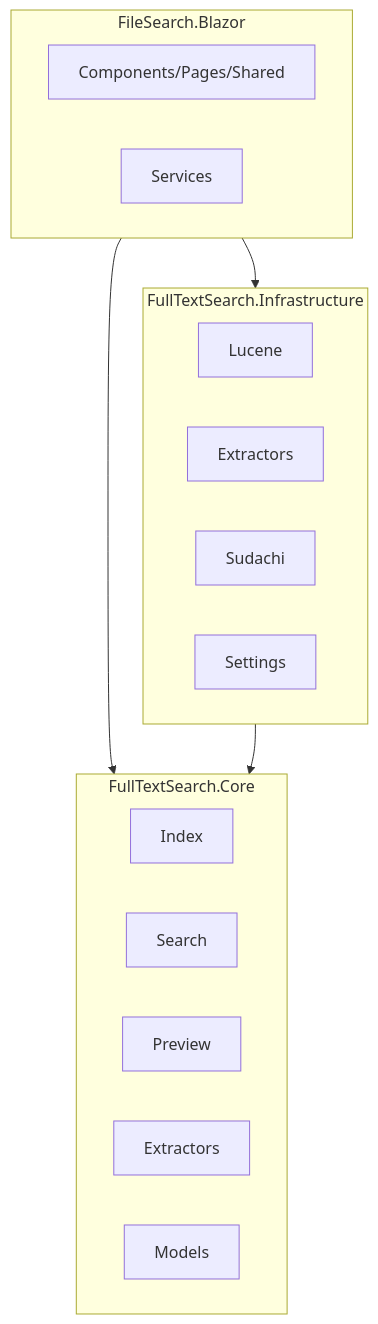
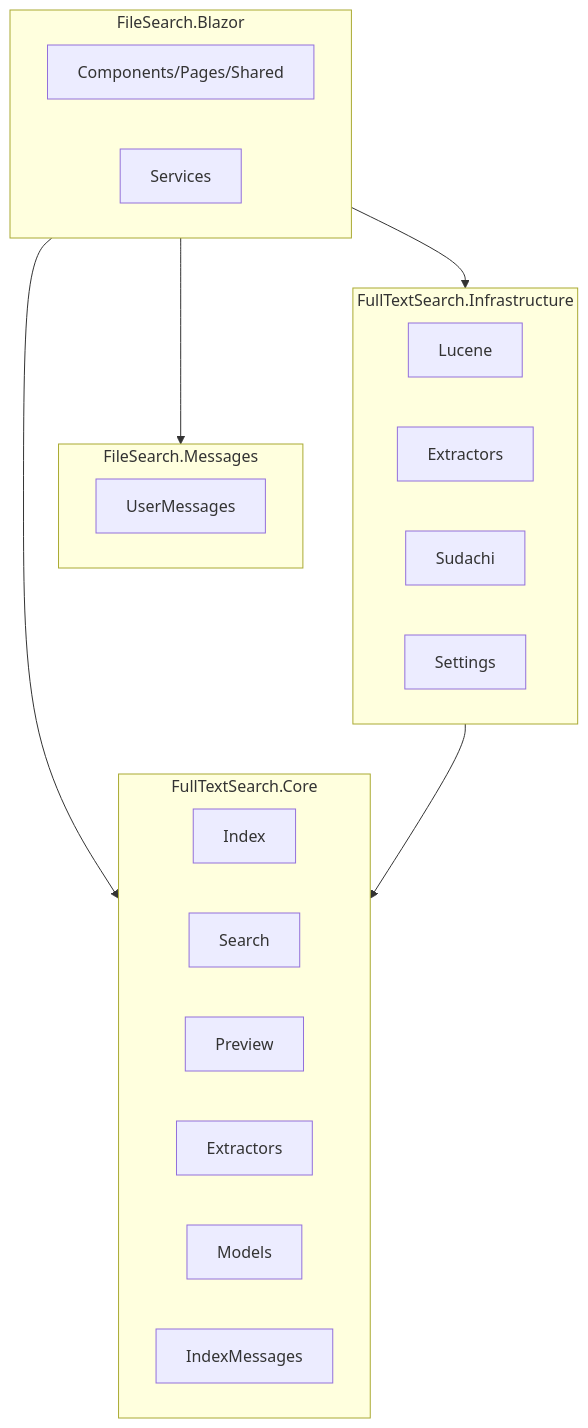
The first of 4 diagrams in docs/詳細設計.md (zndmonya-dot/FileSearchApp-), drawn with Mermaid before and after one commit. The commit also changed other lines of this file and 7 other files, not shown here.

````diff
--- a/docs/詳細設計.md
+++ b/docs/詳細設計.md
@@ -13,23 +13,28 @@
 ```mermaid
 flowchart TB
   subgraph Blazor [FileSearch.Blazor]
     UI[Components/Pages/Shared]
     UISvc[Services]
+  end
+  subgraph Messages [FileSearch.Messages]
+    UM[UserMessages]
   end
   subgraph Core [FullTextSearch.Core]
     Index[Index]
     Search[Search]
     Preview[Preview]
     Extractors[Extractors]
     Models[Models]
+    IdxMsg[IndexMessages]
   end
   subgraph Infra [FullTextSearch.Infrastructure]
     Lucene[Lucene]
     ExtImpl[Extractors]
     Sudachi[Sudachi]
     Settings[Settings]
   end
   Blazor --> Core
   Blazor --> Infra
+  Blazor --> Messages
   Infra --> Core
 ```
````
